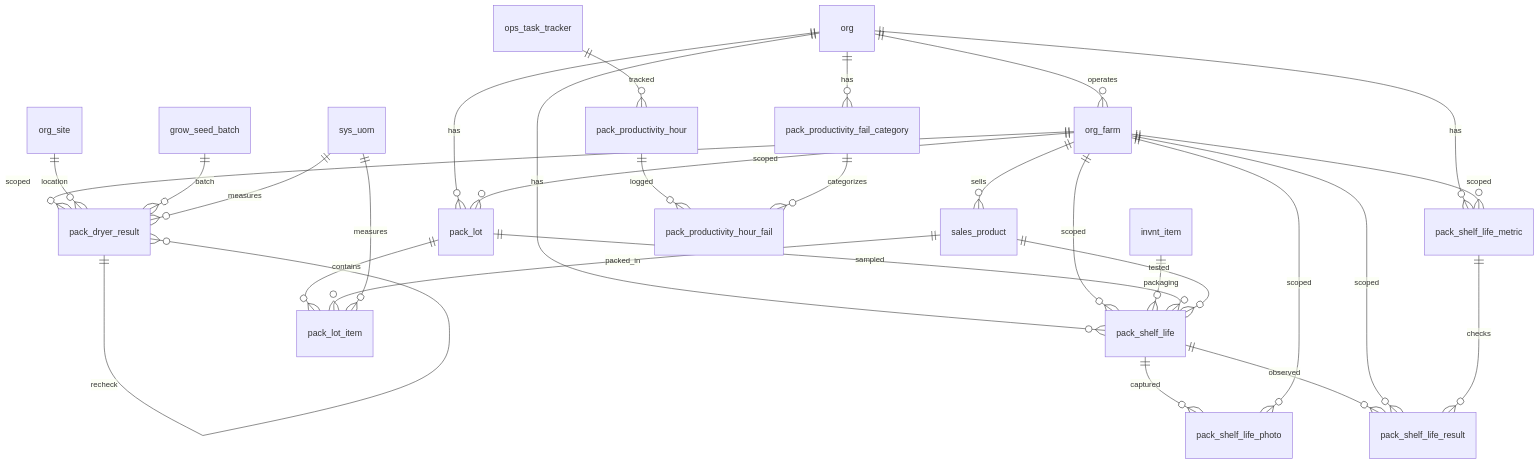
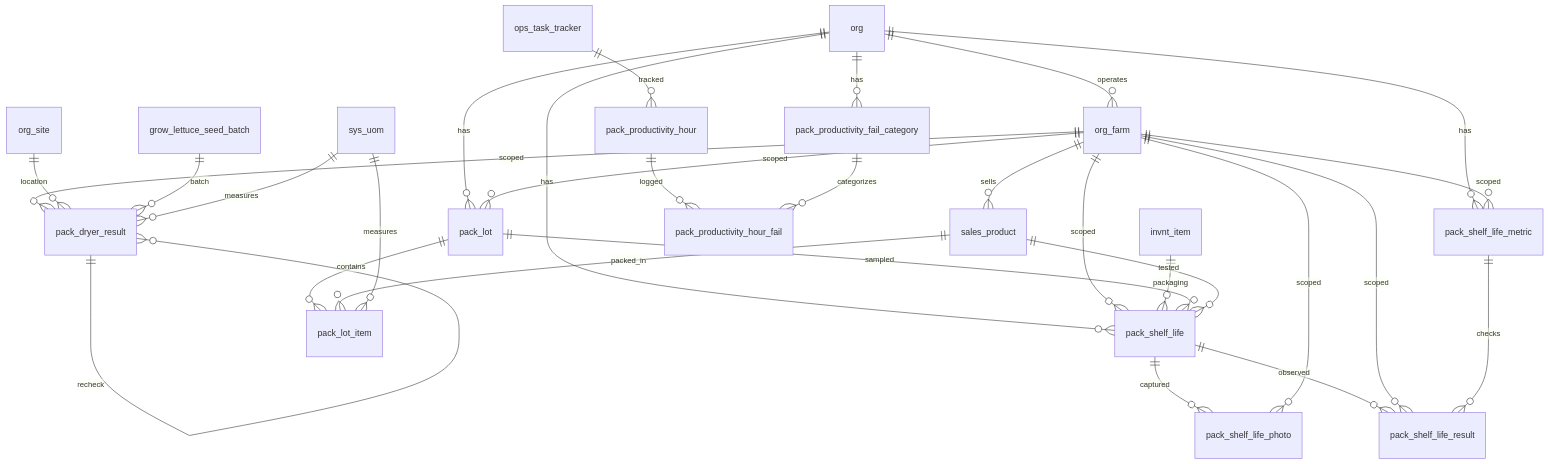
Before and after one commit to Hawaii-Farming/aloha-data-migrations: the diagram in docs/schemas/20260408000007_pack.md, drawn with Mermaid. The commit also changed other lines of this file and 3 other files, not shown here.

First line of the commit message:
Align imported schema docs with the post-refactor schema

````diff
--- a/docs/schemas/20260408000007_pack.md
+++ b/docs/schemas/20260408000007_pack.md
@@ -13,32 +13,32 @@
 ```mermaid
 erDiagram
     org ||--o{ org_farm : operates
     org ||--o{ pack_lot : has
     org ||--o{ pack_shelf_life_metric : has
     org ||--o{ pack_shelf_life : has
     org_farm ||--o{ sales_product : sells
     org_farm ||--o{ pack_lot : scoped
     pack_lot ||--o{ pack_lot_item : contains
     sales_product ||--o{ pack_lot_item : packed_in
     sys_uom ||--o{ pack_lot_item : measures
 
     org_farm ||--o{ pack_shelf_life_metric : scoped
     org_farm ||--o{ pack_shelf_life : scoped
     invnt_item ||--o{ pack_shelf_life : packaging
     pack_lot ||--o{ pack_shelf_life : sampled
     sales_product ||--o{ pack_shelf_life : tested
     pack_shelf_life ||--o{ pack_shelf_life_result : observed
     org_farm ||--o{ pack_shelf_life_result : scoped
     pack_shelf_life_metric ||--o{ pack_shelf_life_result : checks
     pack_shelf_life ||--o{ pack_shelf_life_photo : captured
     org_farm ||--o{ pack_shelf_life_photo : scoped
     org ||--o{ pack_productivity_fail_category : has
     ops_task_tracker ||--o{ pack_productivity_hour : tracked
     pack_productivity_hour ||--o{ pack_productivity_hour_fail : logged
     pack_productivity_fail_category ||--o{ pack_productivity_hour_fail : categorizes
     org_farm ||--o{ pack_dryer_result : scoped
     org_site ||--o{ pack_dryer_result : location
-    grow_seed_batch ||--o{ pack_dryer_result : batch
+    grow_lettuce_seed_batch ||--o{ pack_dryer_result : batch
     sys_uom ||--o{ pack_dryer_result : measures
     pack_dryer_result ||--o{ pack_dryer_result : recheck
 ```
````
